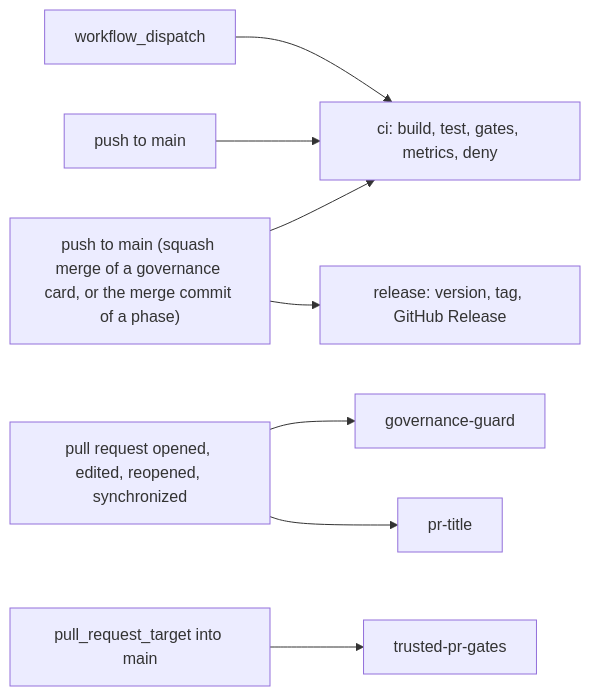
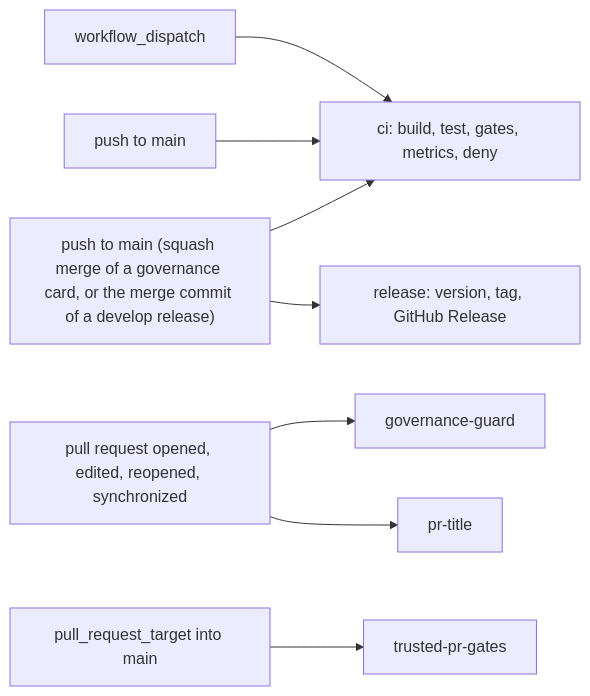
Before and after one commit to giamat90/DuckEngine: the first of 7 diagrams in wiki/workflow/ci-diagrams.md, drawn with Mermaid. The commit also changed other lines of this file and 17 other files, not shown here.

Commit message:
ci(workflow): ordinary PRs go into develop, develop merges into main on owner request (2-9) (#83)

````diff
--- a/wiki/workflow/ci-diagrams.md
+++ b/wiki/workflow/ci-diagrams.md
@@ -13,19 +13,19 @@
 ```mermaid
 flowchart LR
   push["push to main"]
   pr["pull request opened, edited, reopened, synchronized"]
   prt["pull_request_target into main"]
-  main["push to main (squash merge of a governance card, or the merge commit of a phase)"]
+  main["push to main (squash merge of a governance card, or the merge commit of a develop release)"]
   manual["workflow_dispatch"]
 
   push --> ci
   manual --> ci
   pr --> title["pr-title"]
   pr --> guard["governance-guard"]
   prt --> trusted["trusted-pr-gates"]
   main --> release
   main --> ci
 
   ci["ci: build, test, gates, metrics, deny"]
   release["release: version, tag, GitHub Release"]
 ```
````
